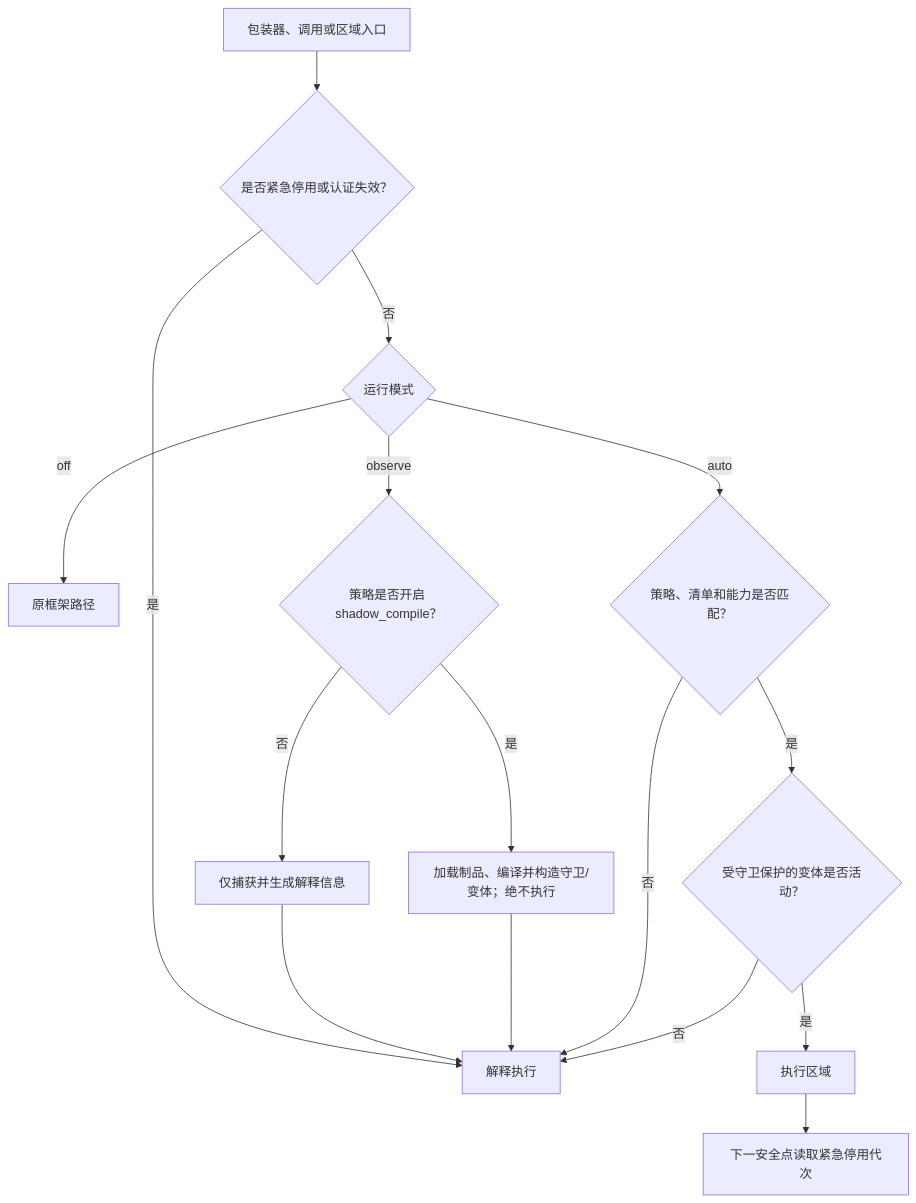
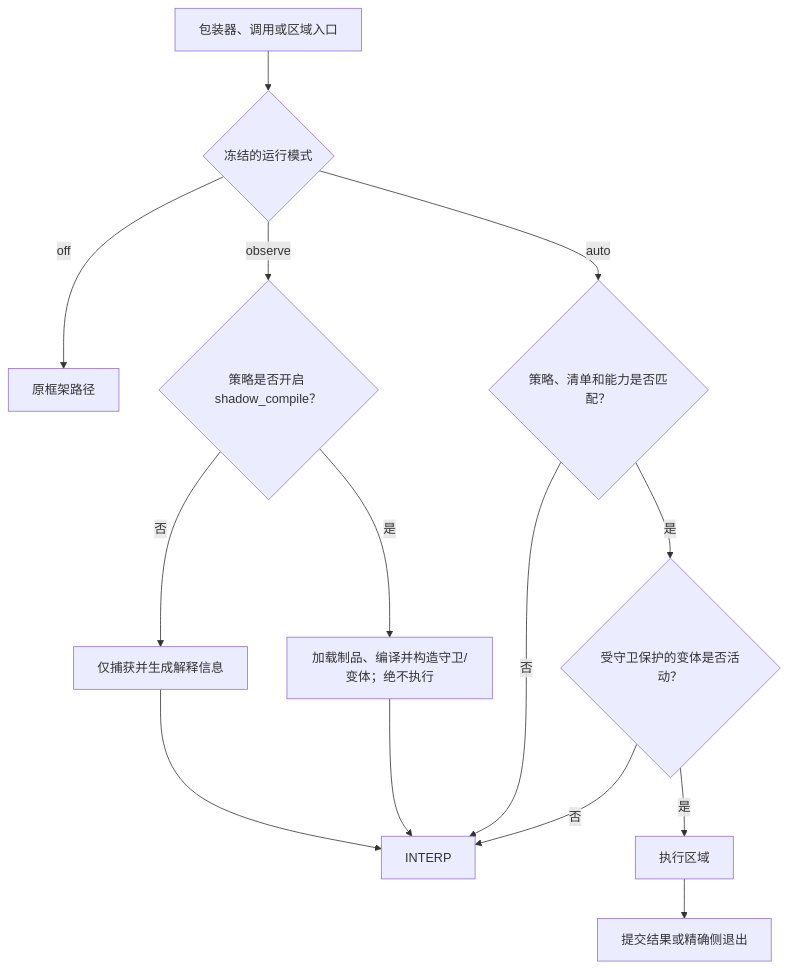
One commit to 213start/python-udf-jit changed the third of 4 diagrams in docs/plans/2026-07-26-001-feat-mainline-production-completion-plan.md. Above: the diagram before and after it, drawn with Mermaid. The commit also changed other lines of this file and 2 other files, not shown here.

````diff
--- a/docs/plans/2026-07-26-001-feat-mainline-production-completion-plan.md
+++ b/docs/plans/2026-07-26-001-feat-mainline-production-completion-plan.md
@@ -258,18 +252,16 @@
 ```mermaid
 flowchart TB
-  CALL["包装器、调用或区域入口"] --> DISABLE{"是否紧急停用或认证失效？"}
-  DISABLE -->|是| INTERP["解释执行"]
-  DISABLE -->|否| MODE{"运行模式"}
+  CALL["包装器、调用或区域入口"] --> MODE{"冻结的运行模式"}
   MODE -->|off| ORIGINAL["原框架路径"]
   MODE -->|observe| SHADOW{"策略是否开启 shadow_compile？"}
   MODE -->|auto| COMPAT{"策略、清单和能力是否匹配？"}
   SHADOW -->|否| ANALYZE["仅捕获并生成解释信息"]
   SHADOW -->|是| SHADOWBUILD["加载制品、编译并构造守卫/变体；绝不执行"]
   ANALYZE --> INTERP
   SHADOWBUILD --> INTERP
   COMPAT -->|否| INTERP
   COMPAT -->|是| VARIANT{"受守卫保护的变体是否活动？"}
   VARIANT -->|是| EXEC["执行区域"]
   VARIANT -->|否| INTERP
-  EXEC --> SAFE["下一安全点读取紧急停用代次"]
+  EXEC --> DONE["提交结果或精确侧退出"]
 ```
````
